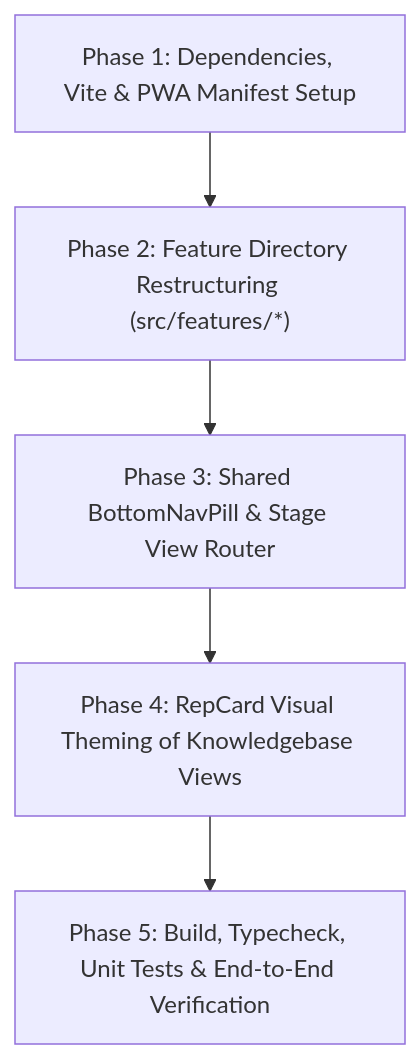
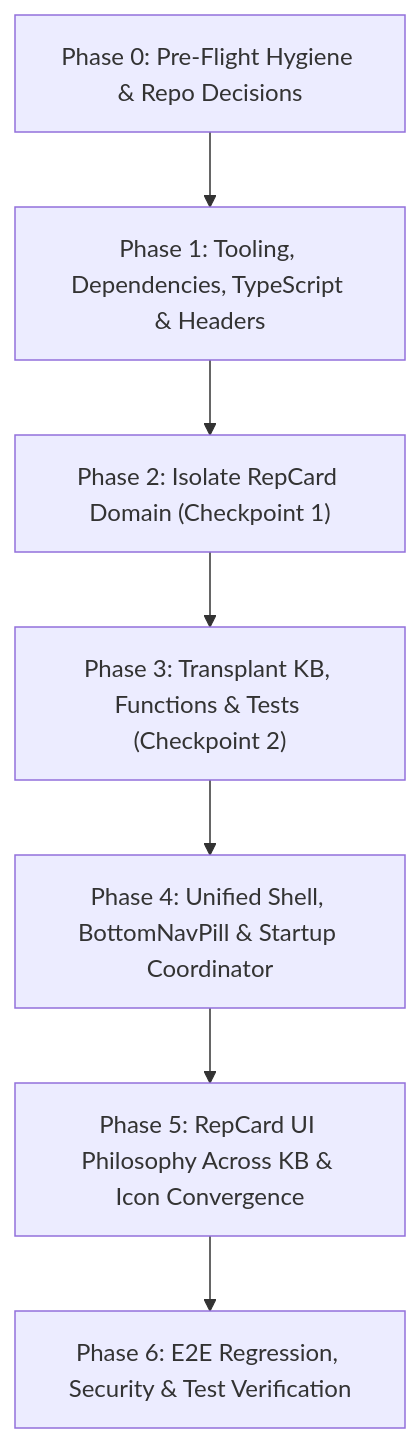
The third of 3 diagrams in plans/MIGRATION_PLAN_REPCARD_GENFORGE_KB.md (shakilnwz/repcard), drawn with Mermaid before and after one commit. The commit also changed other lines of this file and 12 other files, not shown here.

Commit message:
chore(migration): phase 0 & 1 tooling, deps, tsconfig, headers, and updated plan

````diff
--- a/plans/MIGRATION_PLAN_REPCARD_GENFORGE_KB.md
+++ b/plans/MIGRATION_PLAN_REPCARD_GENFORGE_KB.md
@@ -178,10 +387,12 @@
 ```mermaid
 flowchart TD
-    P1["Phase 1: Dependencies, Vite & PWA Manifest Setup"]
-    P2["Phase 2: Feature Directory Restructuring (src/features/*)"]
-    P3["Phase 3: Shared BottomNavPill & Stage View Router"]
-    P4["Phase 4: RepCard Visual Theming of Knowledgebase Views"]
-    P5["Phase 5: Build, Typecheck, Unit Tests & End-to-End Verification"]
+    P0["Phase 0: Pre-Flight Hygiene & Repo Decisions"]
+    P1["Phase 1: Tooling, Dependencies, TypeScript & Headers"]
+    P2["Phase 2: Isolate RepCard Domain (Checkpoint 1)"]
+    P3["Phase 3: Transplant KB, Functions & Tests (Checkpoint 2)"]
+    P4["Phase 4: Unified Shell, BottomNavPill & Startup Coordinator"]
+    P5["Phase 5: RepCard UI Philosophy Across KB & Icon Convergence"]
+    P6["Phase 6: E2E Regression, Security & Test Verification"]
 
-    P1 --> P2 --> P3 --> P4 --> P5
+    P0 --> P1 --> P2 --> P3 --> P4 --> P5 --> P6
 ```
````
